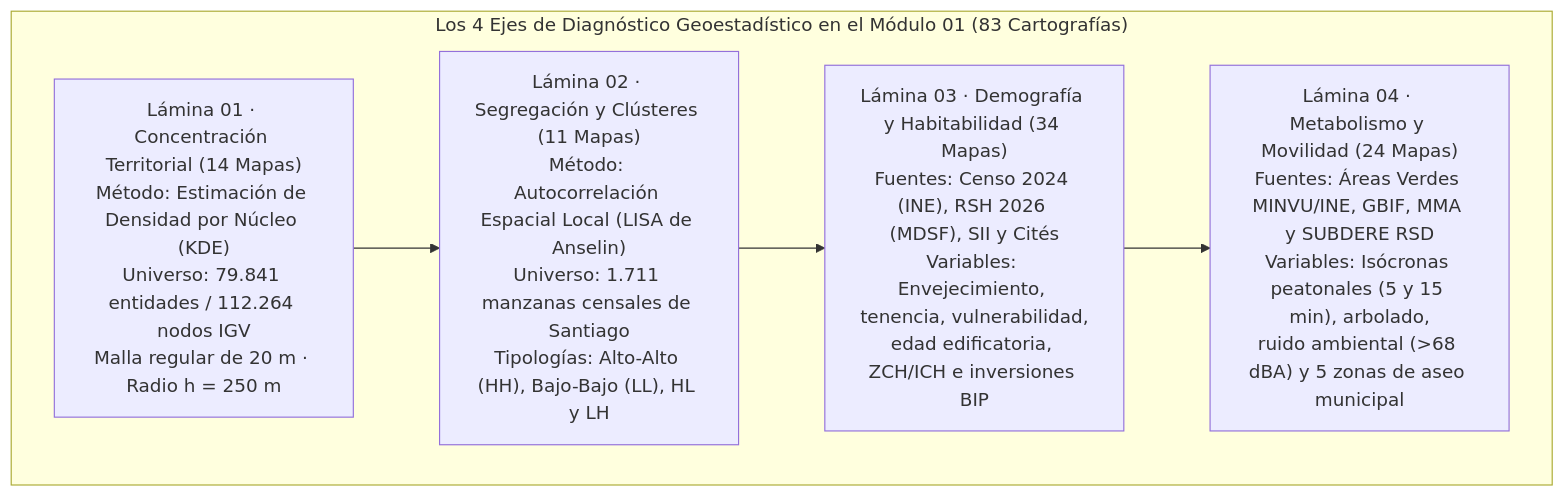
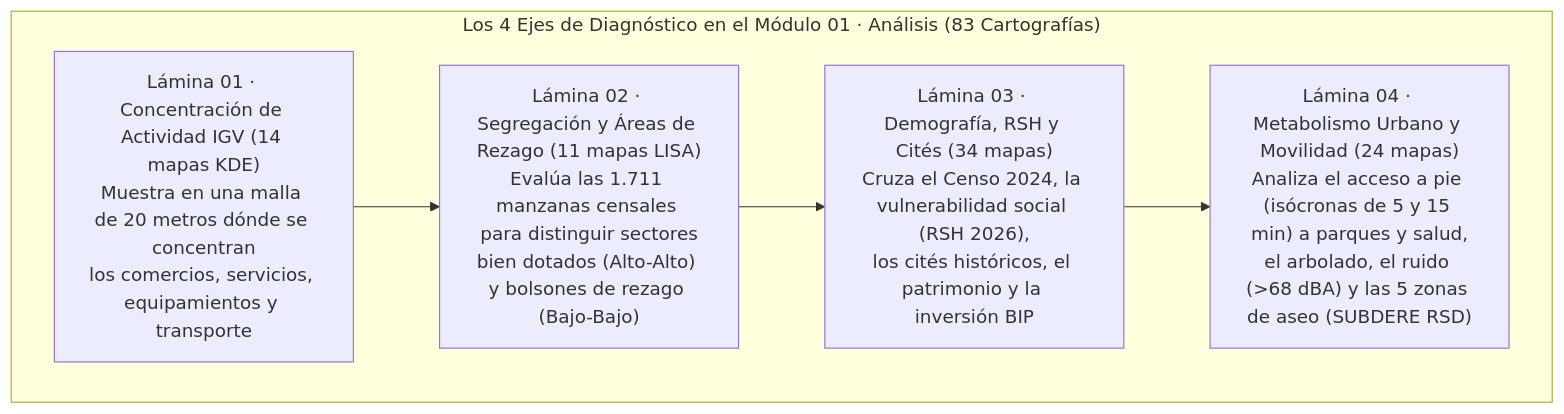
Before and after one commit to GEOJOTA/atlas-vgi-barrio-brasil: the sixth of 7 diagrams in src/docs/MANUAL_ACTUALIZACION_ATLAS.md, drawn with Mermaid. The commit also changed other lines of this file and 13 other files, not shown here.

Commit message:
docs(prototipo-02): simplificar explicacion de los 4 ejes geoestadisticos y eliminar Partes III-IV y formulas tecnicas (v66)

````diff
--- a/src/docs/MANUAL_ACTUALIZACION_ATLAS.md
+++ b/src/docs/MANUAL_ACTUALIZACION_ATLAS.md
@@ -434,11 +292,11 @@
 ```mermaid
 flowchart TD
-    subgraph M01_DIAG["Los 4 Ejes de Diagnóstico Geoestadístico en el Módulo 01 (83 Cartografías)"]
-        L1["Lámina 01 · Concentración Territorial (14 Mapas)\nMétodo: Estimación de Densidad por Núcleo (KDE)\nUniverso: 79.841 entidades / 112.264 nodos IGV\nMalla regular de 20 m · Radio h = 250 m"]
-        L2["Lámina 02 · Segregación y Clústeres (11 Mapas)\nMétodo: Autocorrelación Espacial Local (LISA de Anselin)\nUniverso: 1.711 manzanas censales de Santiago\nTipologías: Alto-Alto (HH), Bajo-Bajo (LL), HL y LH"]
-        L3["Lámina 03 · Demografía y Habitabilidad (34 Mapas)\nFuentes: Censo 2024 (INE), RSH 2026 (MDSF), SII y Cités\nVariables: Envejecimiento, tenencia, vulnerabilidad,\nedad edificatoria, ZCH/ICH e inversiones BIP"]
-        L4["Lámina 04 · Metabolismo y Movilidad (24 Mapas)\nFuentes: Áreas Verdes MINVU/INE, GBIF, MMA y SUBDERE RSD\nVariables: Isócronas peatonales (5 y 15 min), arbolado,\nruido ambiental (>68 dBA) y 5 zonas de aseo municipal"]
+    subgraph EJES["Los 4 Ejes de Diagnóstico en el Módulo 01 · Análisis (83 Cartografías)"]
+        E1["Lámina 01 · Concentración de Actividad IGV (14 mapas KDE)\nMuestra en una malla de 20 metros dónde se concentran\nlos comercios, servicios, equipamientos y transporte"]
+        E2["Lámina 02 · Segregación y Áreas de Rezago (11 mapas LISA)\nEvalúa las 1.711 manzanas censales para distinguir sectores\nbien dotados (Alto-Alto) y bolsones de rezago (Bajo-Bajo)"]
+        E3["Lámina 03 · Demografía, RSH y Cités (34 mapas)\nCruza el Censo 2024, la vulnerabilidad social (RSH 2026),\nlos cités históricos, el patrimonio y la inversión BIP"]
+        E4["Lámina 04 · Metabolismo Urbano y Movilidad (24 mapas)\nAnaliza el acceso a pie (isócronas de 5 y 15 min) a parques y salud,\nel arbolado, el ruido (>68 dBA) y las 5 zonas de aseo (SUBDERE RSD)"]
     end
 
-    L1 --> L2 --> L3 --> L4
+    E1 --> E2 --> E3 --> E4
 ```
````
